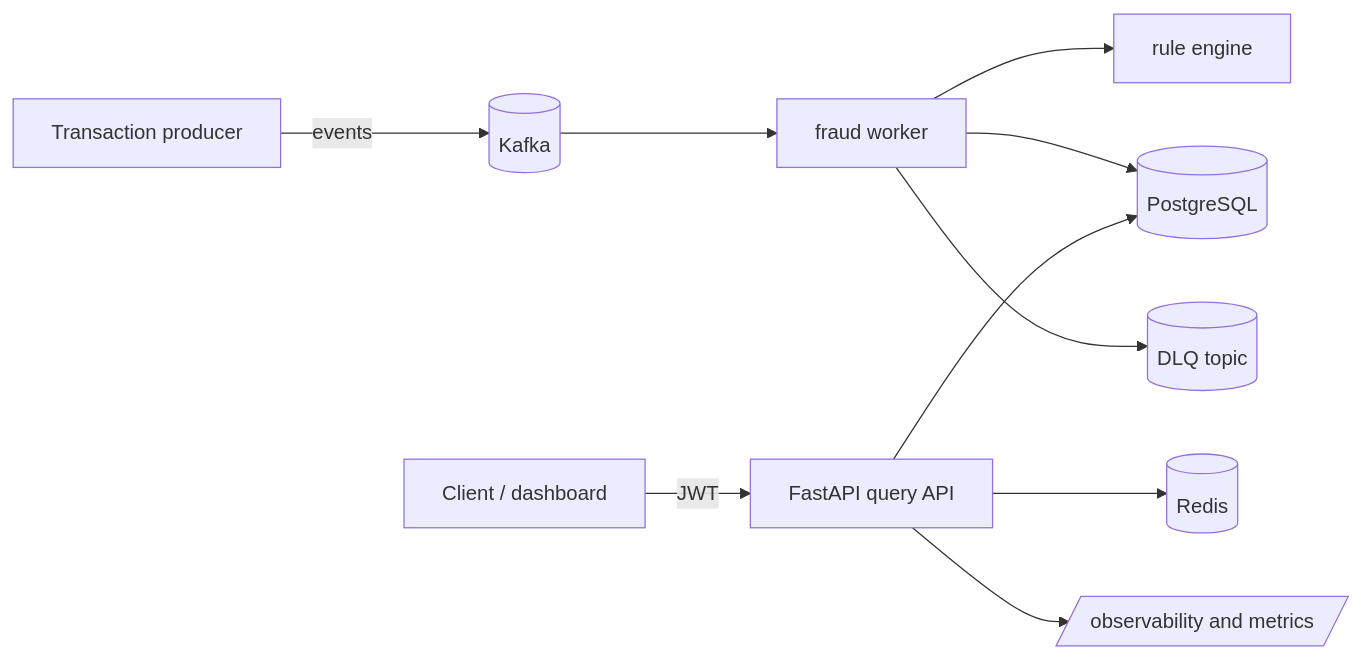
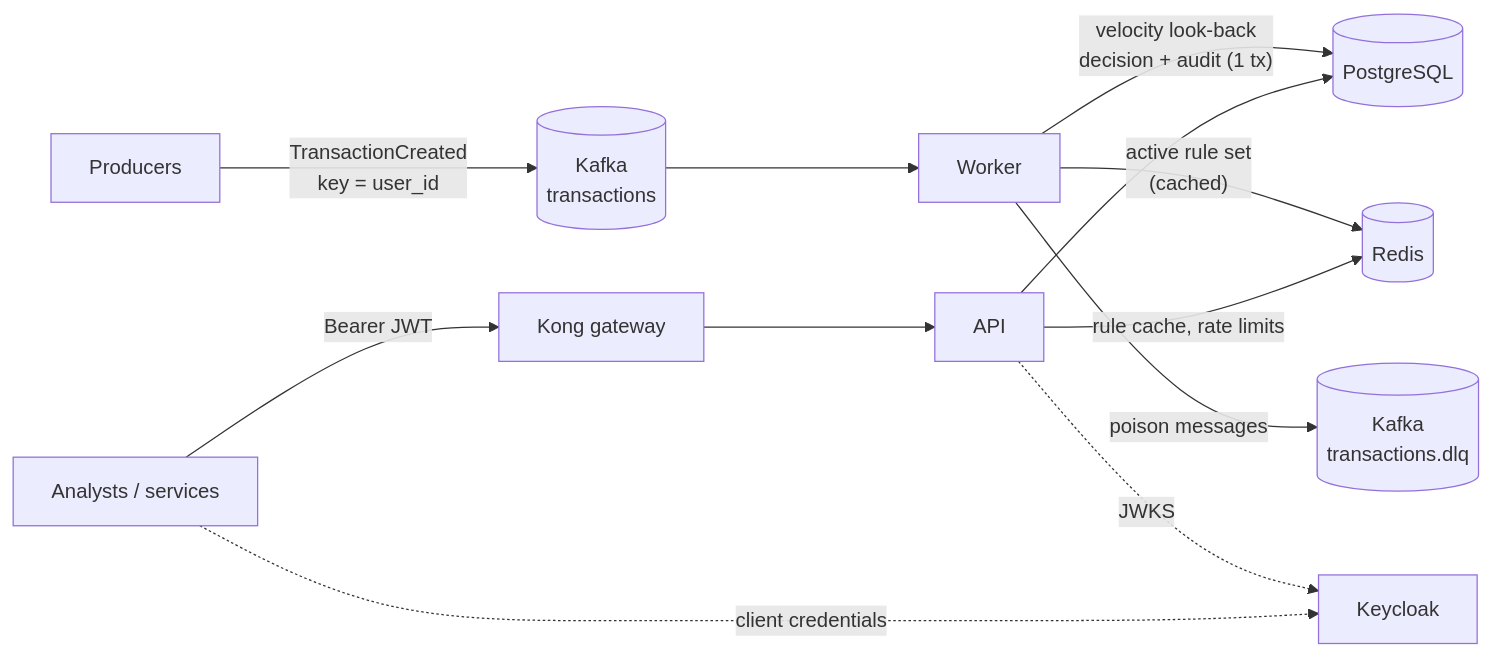
Before and after one commit to Siyablela/fraud_detection: the diagram in README.md, drawn with Mermaid. The commit also changed other lines of this file and 40 other files, not shown here.

````diff
--- a/README.md
+++ b/README.md
@@ -15,13 +41,14 @@
 ```mermaid
 flowchart LR
-    Producer[Transaction producer] -->|events| Kafka[(Kafka)]
-    Kafka --> Worker[fraud worker]
-    Worker --> Rules[rule engine]
-    Worker --> Postgres[(PostgreSQL)]
-    Worker --> DLQ[(DLQ topic)]
-
-    Client[Client / dashboard] -->|JWT| API[FastAPI query API]
-    API --> Postgres
-    API --> Redis[(Redis)]
-    API --> Metrics[/observability and metrics/]
+    P[Producers] -- "TransactionCreated<br/>key = user_id" --> K[(Kafka<br/>transactions)]
+    K --> W[Worker]
+    W -- "velocity look-back<br/>decision + audit (1 tx)" --> DB[(PostgreSQL)]
+    W -- "active rule set<br/>(cached)" --> R[(Redis)]
+    W -- "poison messages" --> DLQ[(Kafka<br/>transactions.dlq)]
+    C[Analysts / services] -- "Bearer JWT" --> GW[Kong gateway]
+    GW --> A[API]
+    A --> DB
+    A -- "rule cache, rate limits" --> R
+    A -. "JWKS" .-> IDP[Keycloak]
+    C -. "client credentials" .-> IDP
 ```
````
